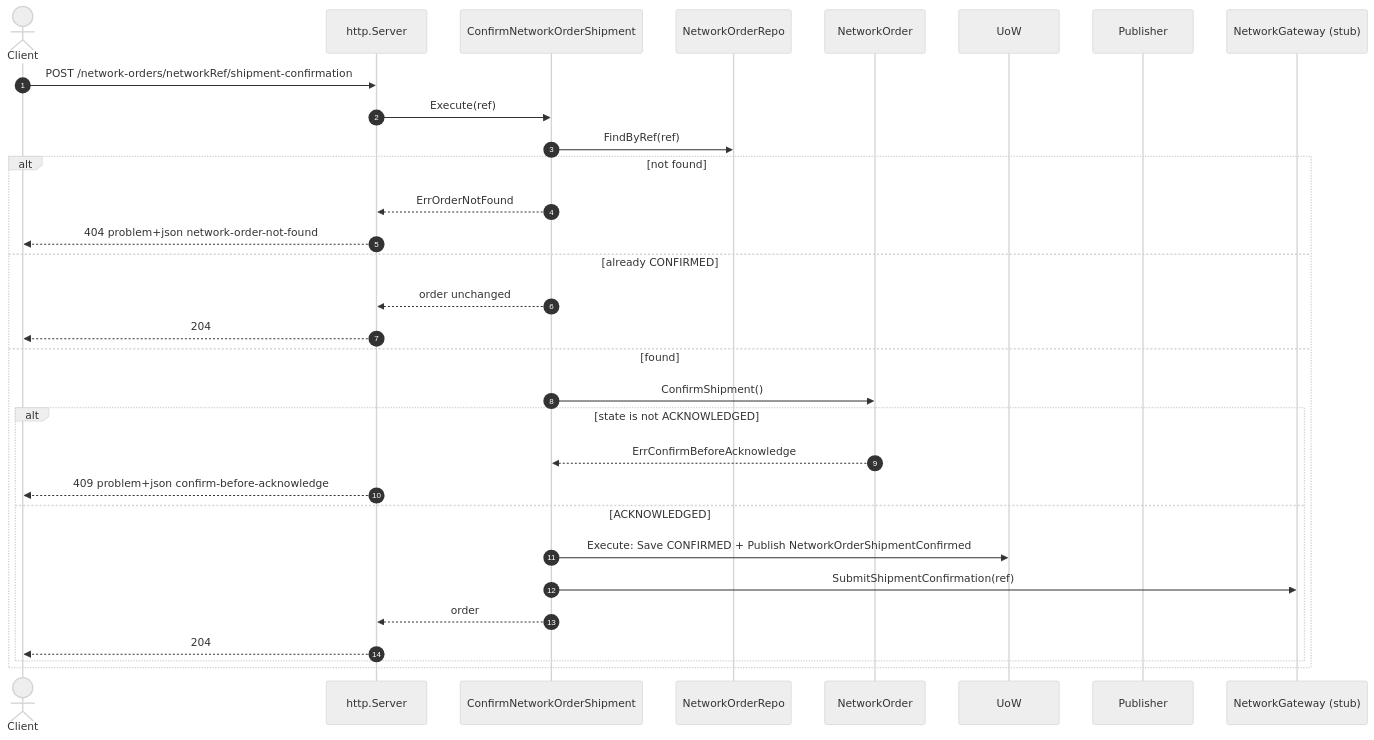
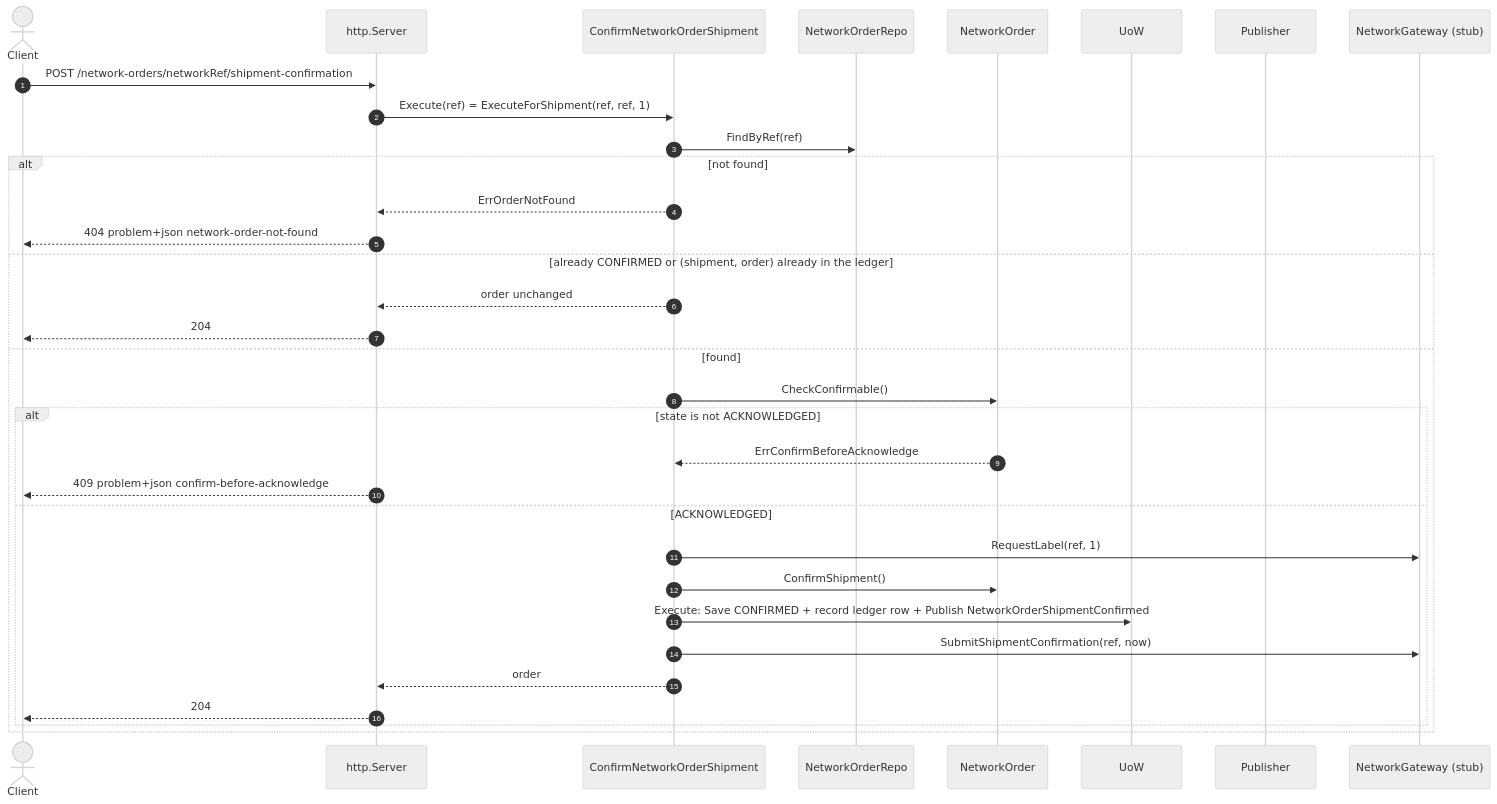
Before and after one commit to IQVO/network-fulfillment: the fourth of 7 diagrams in docs/docs/ddd/sequence-diagrams.md, drawn with Mermaid (neutral theme). The commit also changed other lines of this file and 16 other files, not shown here.

````diff
--- a/docs/docs/ddd/sequence-diagrams.md
+++ b/docs/docs/ddd/sequence-diagrams.md
@@ -209,33 +211,35 @@
 ```mermaid
 sequenceDiagram
     autonumber
     actor C as Client
     participant H as http.Server
     participant UC as ConfirmNetworkOrderShipment
     participant R as NetworkOrderRepo
     participant A as NetworkOrder
     participant U as UoW
     participant PUB as Publisher
     participant GW as NetworkGateway (stub)
     C->>H: POST /network-orders/networkRef/shipment-confirmation
-    H->>UC: Execute(ref)
+    H->>UC: Execute(ref) = ExecuteForShipment(ref, ref, 1)
     UC->>R: FindByRef(ref)
     alt not found
         UC-->>H: ErrOrderNotFound
         H-->>C: 404 problem+json network-order-not-found
-    else already CONFIRMED
+    else already CONFIRMED or (shipment, order) already in the ledger
         UC-->>H: order unchanged
         H-->>C: 204
     else found
-        UC->>A: ConfirmShipment()
+        UC->>A: CheckConfirmable()
         alt state is not ACKNOWLEDGED
             A-->>UC: ErrConfirmBeforeAcknowledge
             H-->>C: 409 problem+json confirm-before-acknowledge
         else ACKNOWLEDGED
-            UC->>U: Execute: Save CONFIRMED + Publish NetworkOrderShipmentConfirmed
-            UC->>GW: SubmitShipmentConfirmation(ref)
+            UC->>GW: RequestLabel(ref, 1)
+            UC->>A: ConfirmShipment()
+            UC->>U: Execute: Save CONFIRMED + record ledger row + Publish NetworkOrderShipmentConfirmed
+            UC->>GW: SubmitShipmentConfirmation(ref, now)
             UC-->>H: order
             H-->>C: 204
         end
     end
 ```
````
